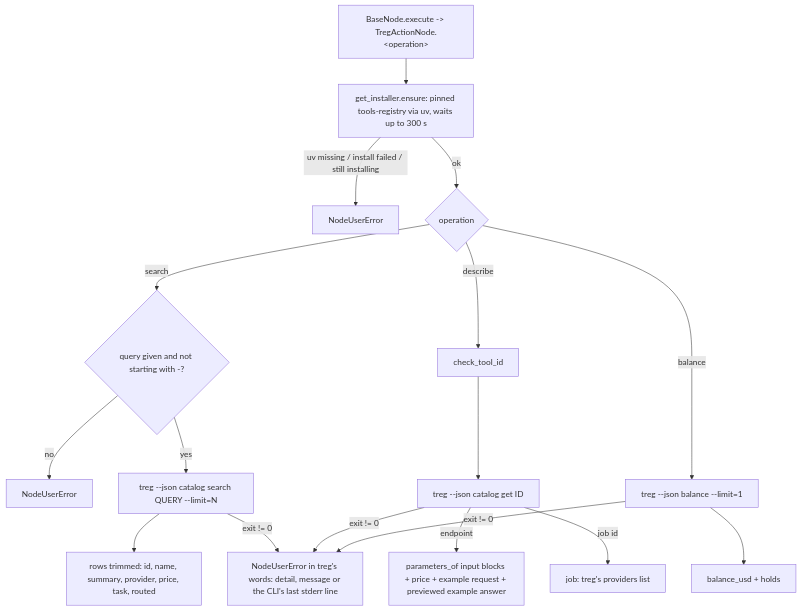
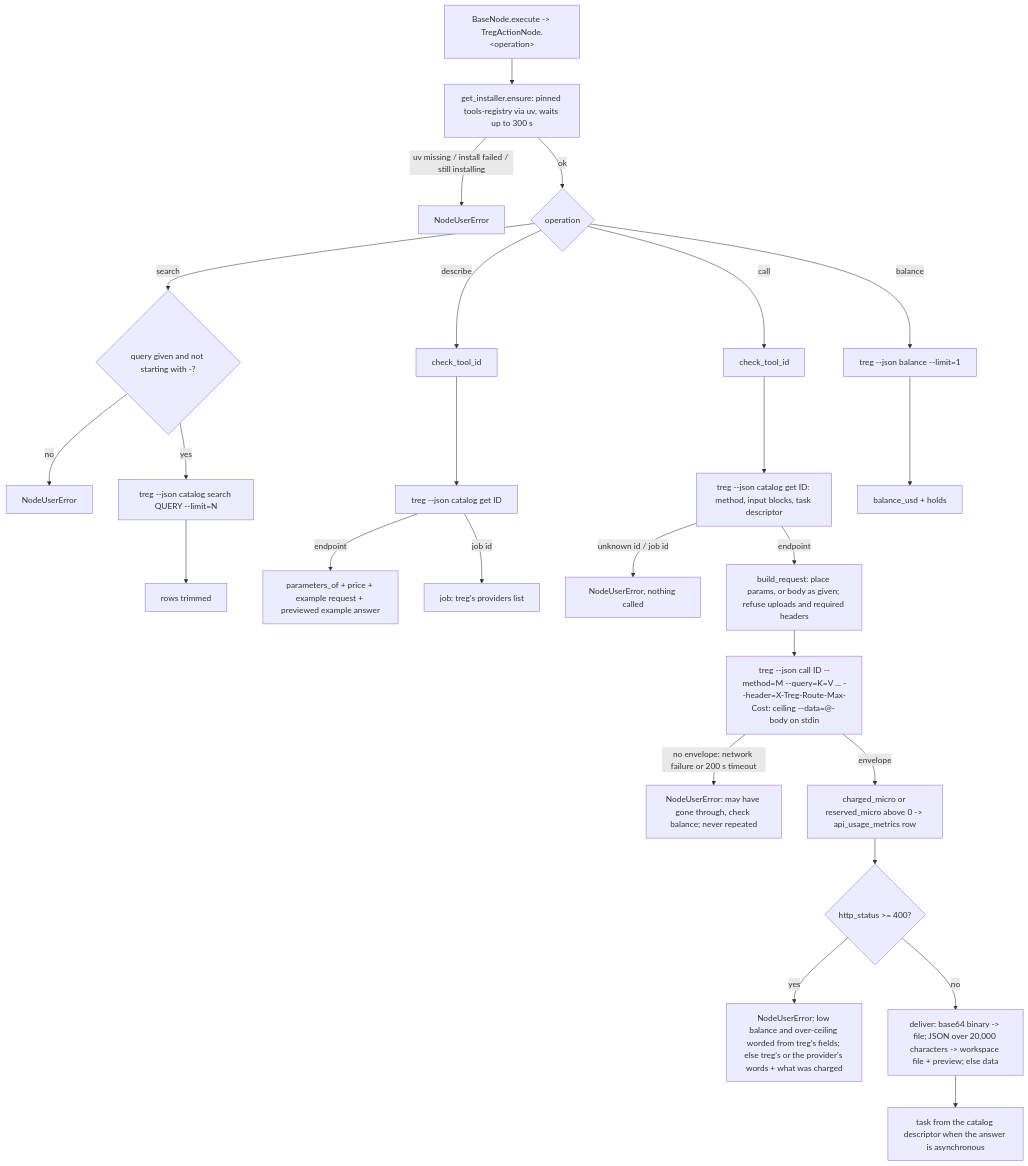
The diagram in docs-internal/node-logic-flows/web_automation/tregAction.md (zeenie-ai/OpenCompany), drawn with Mermaid before and after one commit. The commit also changed other lines of this file and 6 other files, not shown here.

First line of the commit message:
feat(treg): call a treg tool within the owner's price ceiling

````diff
--- a/docs-internal/node-logic-flows/web_automation/tregAction.md
+++ b/docs-internal/node-logic-flows/web_automation/tregAction.md
@@ -98,15 +124,23 @@
 ```mermaid
 flowchart TD
   A[BaseNode.execute -> TregActionNode.&lt;operation&gt;] --> I[get_installer.ensure: pinned tools-registry via uv, waits up to 300 s]
   I -- uv missing / install failed / still installing --> Ei[NodeUserError]
   I -- ok --> B{operation}
   B -- search --> S1{query given and not starting with -?}
   S1 -- no --> Eq[NodeUserError]
-  S1 -- yes --> S2[treg --json catalog search QUERY --limit=N]
-  S2 --> S3[rows trimmed: id, name, summary, provider, price, task, routed]
+  S1 -- yes --> S2[treg --json catalog search QUERY --limit=N] --> S3[rows trimmed]
   B -- describe --> D1[check_tool_id] --> D2[treg --json catalog get ID]
-  D2 -- endpoint --> D3[parameters_of input blocks + price + example request + previewed example answer]
+  D2 -- endpoint --> D3[parameters_of + price + example request + previewed example answer]
   D2 -- job id --> D4[job: treg's providers list]
+  B -- call --> C1[check_tool_id] --> C2[treg --json catalog get ID: method, input blocks, task descriptor]
+  C2 -- unknown id / job id --> Ec[NodeUserError, nothing called]
+  C2 -- endpoint --> C3[build_request: place params, or body as given; refuse uploads and required headers]
+  C3 --> C4[treg --json call ID --method=M --query=K=V ... --header=X-Treg-Route-Max-Cost: ceiling --data=@- body on stdin]
+  C4 -- no envelope: network failure or 200 s timeout --> Et[NodeUserError: may have gone through, check balance; never repeated]
+  C4 -- envelope --> C5[charged_micro or reserved_micro above 0 -> api_usage_metrics row]
+  C5 --> C6{http_status >= 400?}
+  C6 -- yes --> Ef[NodeUserError: low balance and over-ceiling worded from treg's fields; else treg's or the provider's words + what was charged]
+  C6 -- no --> C7[deliver: base64 binary -> file; JSON over 20,000 characters -> workspace file + preview; else data]
+  C7 --> C8[task from the catalog descriptor when the answer is asynchronous]
   B -- balance --> B1[treg --json balance --limit=1] --> B2[balance_usd + holds]
-  S2 & D2 & B1 -- exit != 0 --> Ew[NodeUserError in treg's words: detail, message or the CLI's last stderr line]
 ```
````
